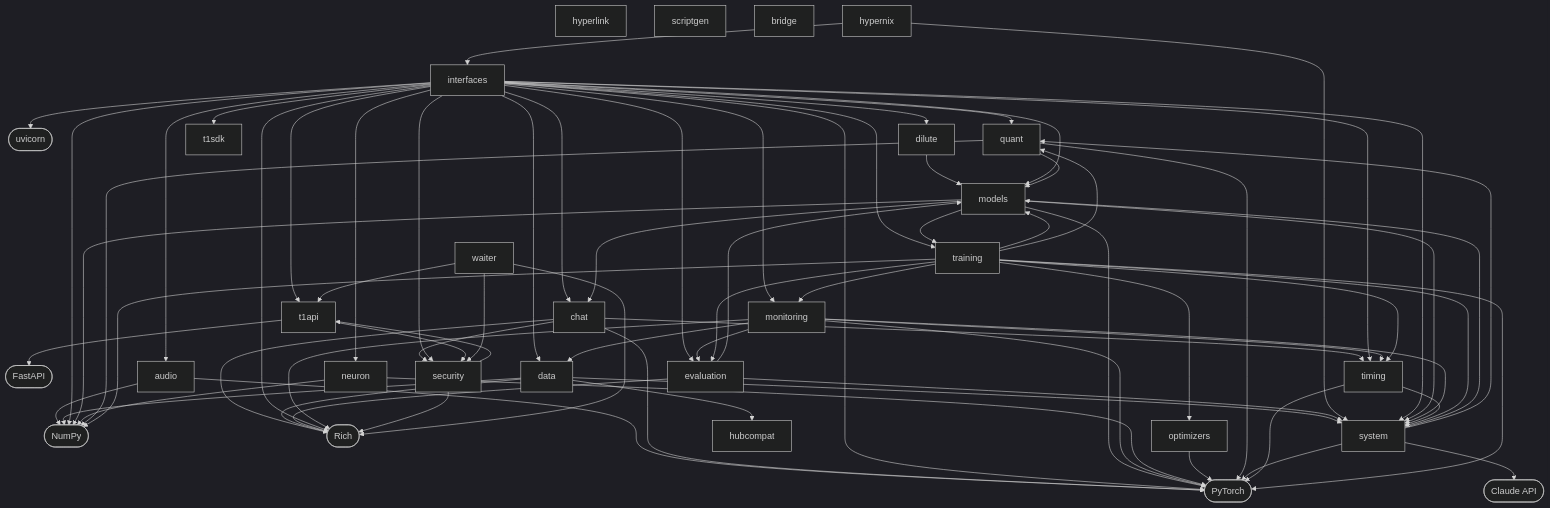
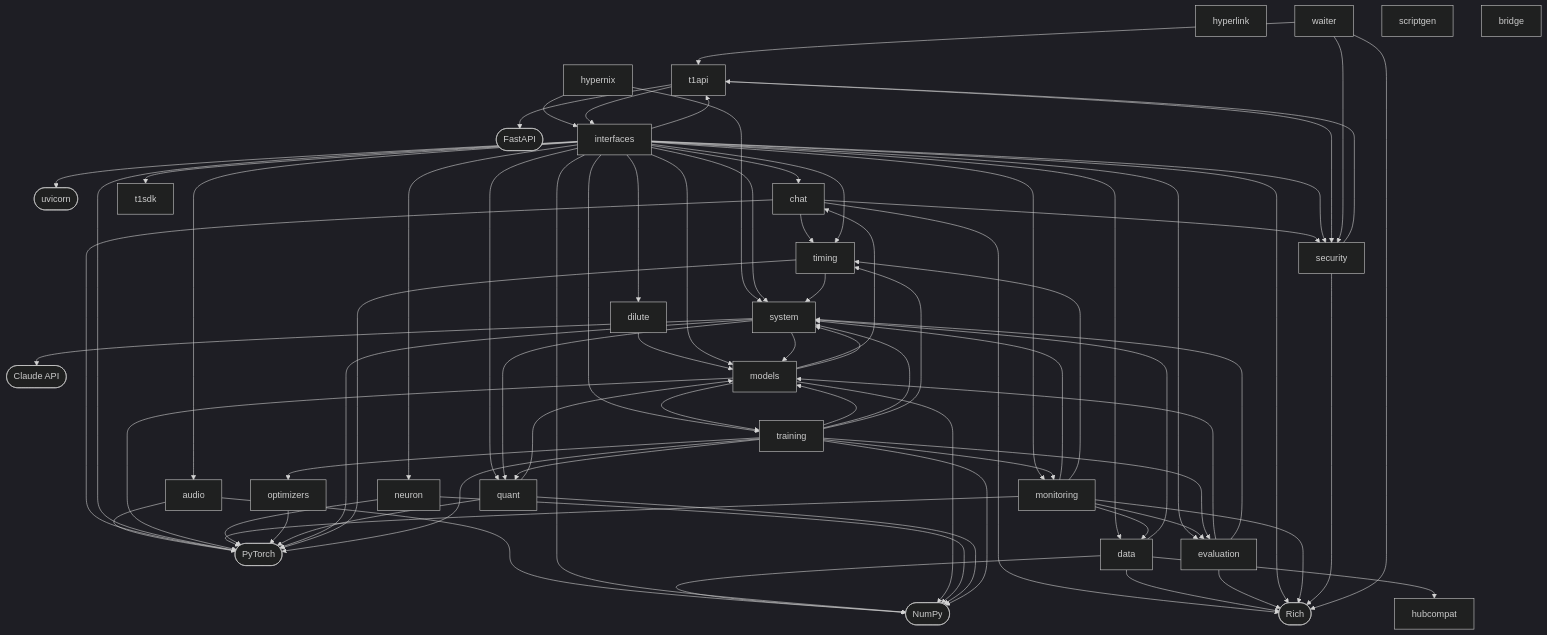
Before and after one commit to trail-b1az3r/HyperNix-pip: the first of 2 diagrams in wiki/Architecture.md, drawn with Mermaid (dark theme).

Commit message:
archmap: regenerate after the merge
Claude-Session: https://claude.ai/code/session_01Dqxdfg2rUZiXjmv6Y2CUT3

```diff
--- a/wiki/Architecture.md
+++ b/wiki/Architecture.md
@@ -100,6 +100,7 @@
     security --> t1api
     system --> models
     system --> quant
+    t1api --> interfaces
     t1api --> security
     timing --> system
     training --> evaluation
```
